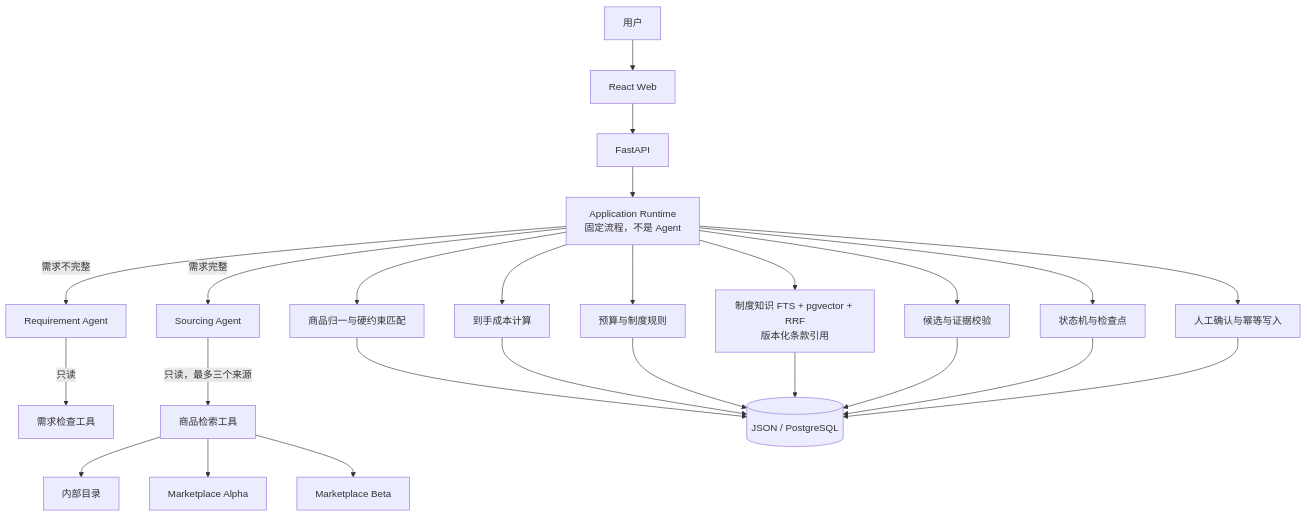
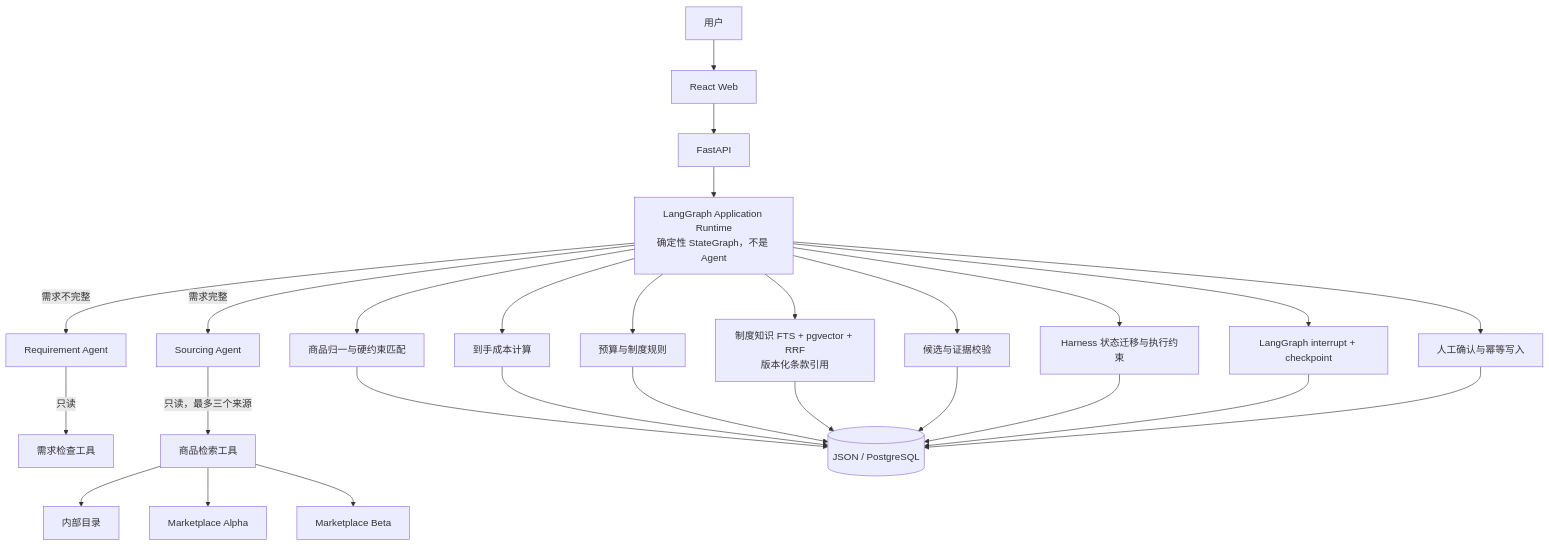
Before and after one commit to zxmEve/shopping-assistant: the first of 2 diagrams in docs/02-architecture.md, drawn with Mermaid. The commit also changed other lines of this file and 53 other files, not shown here.

````diff
--- a/docs/02-architecture.md
+++ b/docs/02-architecture.md
@@ -35,32 +35,34 @@
 ```mermaid
 flowchart TB
     U[用户] --> UI[React Web]
     UI --> API[FastAPI]
-    API --> RT[Application Runtime<br/>固定流程，不是 Agent]
+    API --> RT[LangGraph Application Runtime<br/>确定性 StateGraph，不是 Agent]
 
     RT -->|需求不完整| RA[Requirement Agent]
     RT -->|需求完整| SA[Sourcing Agent]
 
     RA -->|只读| RI[需求检查工具]
     SA -->|只读，最多三个来源| CAT[商品检索工具]
 
     RT --> MATCH[商品归一与硬约束匹配]
     RT --> COST[到手成本计算]
     RT --> POLICY[预算与制度规则]
     RT --> KB[制度知识 FTS + pgvector + RRF<br/>版本化条款引用]
     RT --> EVIDENCE[候选与证据校验]
-    RT --> STATE[状态机与检查点]
+    RT --> CP[LangGraph interrupt + checkpoint]
+    RT --> STATE[Harness 状态迁移与执行约束]
     RT --> HITL[人工确认与幂等写入]
 
     MATCH --> PG[(JSON / PostgreSQL)]
     COST --> PG
     POLICY --> PG
     KB --> PG
     EVIDENCE --> PG
     STATE --> PG
+    CP --> PG
     HITL --> PG
 
     CAT --> P1[内部目录]
     CAT --> P2[Marketplace Alpha]
     CAT --> P3[Marketplace Beta]
 ```
````
